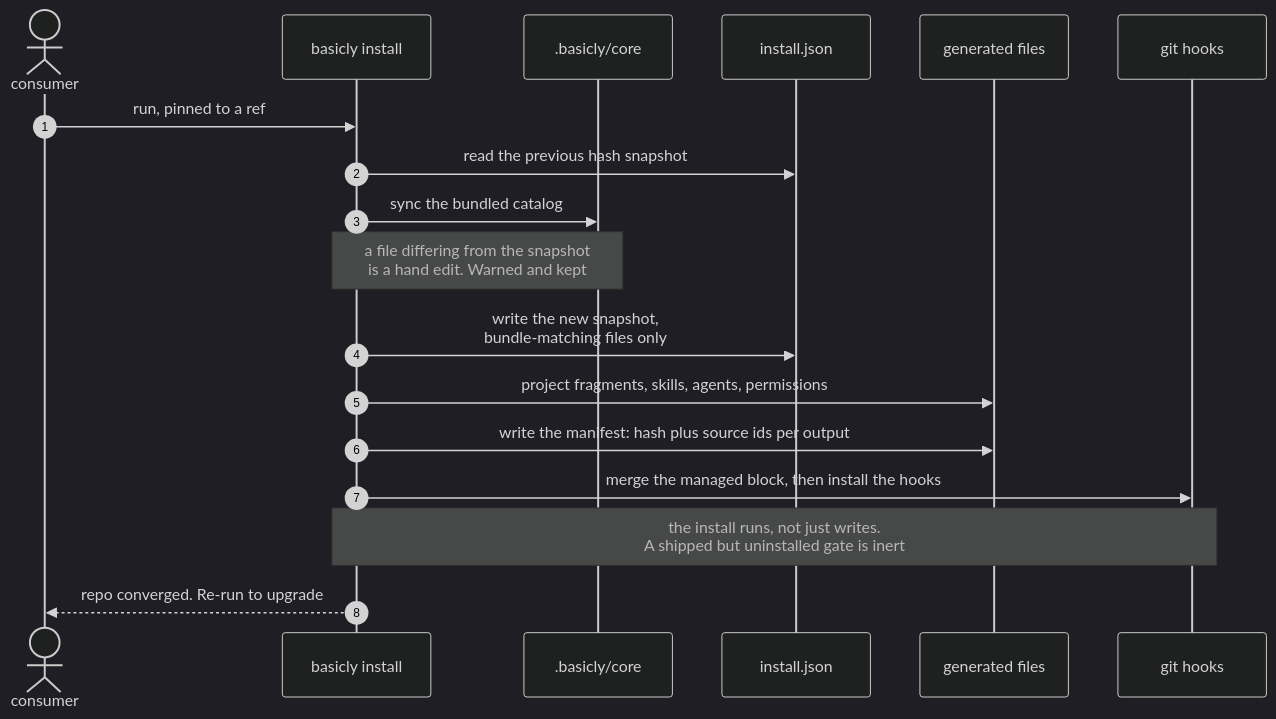
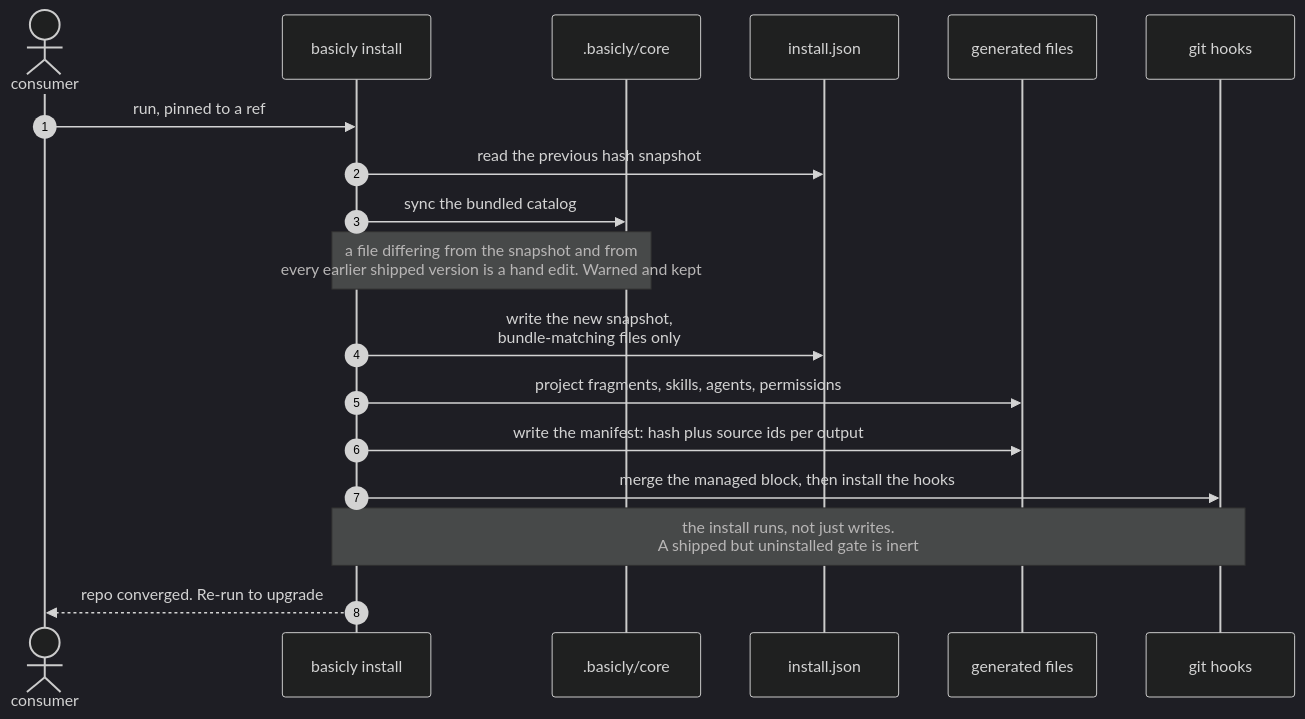
The fifth of 17 diagrams in docs/architecture/architecture.md (niksavis/basicly), drawn with Mermaid (dark theme) before and after one commit. The commit also changed other lines of this file and 13 other files, not shown here.

First line of the commit message:
fix(install): recognise core files an earlier release shipped and refuse a mixed kit (basicly-nuwqlve)

````diff
--- a/docs/architecture/architecture.md
+++ b/docs/architecture/architecture.md
@@ -1312,21 +1312,21 @@
 ```mermaid
 sequenceDiagram
   autonumber
   actor Dev as consumer
   participant CLI as basicly install
   participant Core as .basicly/core
   participant State as install.json
   participant Out as generated files
   participant Git as git hooks
 
   Dev->>CLI: run, pinned to a ref
   CLI->>State: read the previous hash snapshot
   CLI->>Core: sync the bundled catalog
-  Note over CLI,Core: a file differing from the snapshot<br/>is a hand edit. Warned and kept
+  Note over CLI,Core: a file differing from the snapshot and from<br/>every earlier shipped version is a hand edit. Warned and kept
   CLI->>State: write the new snapshot,<br/>bundle-matching files only
   CLI->>Out: project fragments, skills, agents, permissions
   CLI->>Out: write the manifest: hash plus source ids per output
   CLI->>Git: merge the managed block, then install the hooks
   Note over CLI,Git: the install runs, not just writes.<br/>A shipped but uninstalled gate is inert
   CLI-->>Dev: repo converged. Re-run to upgrade
 ```
````
